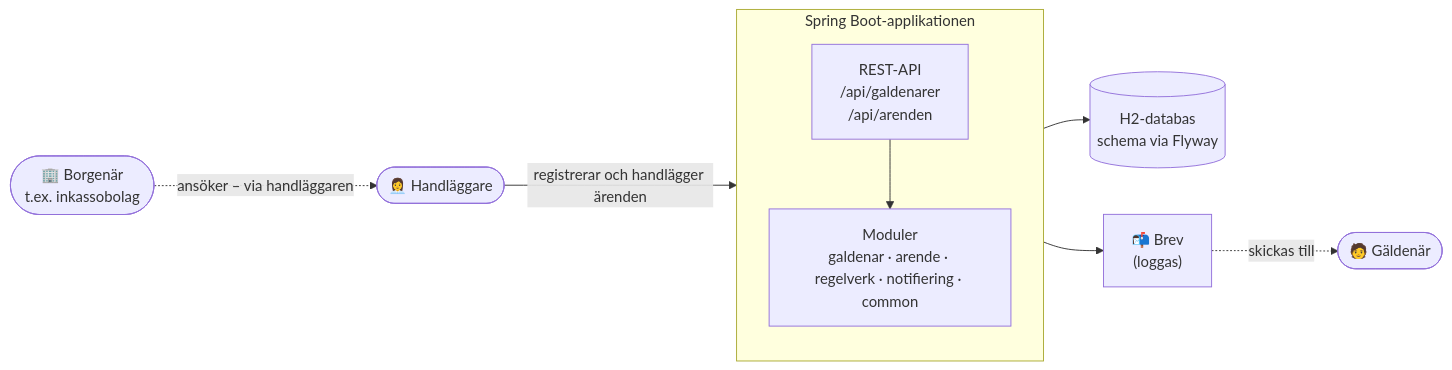
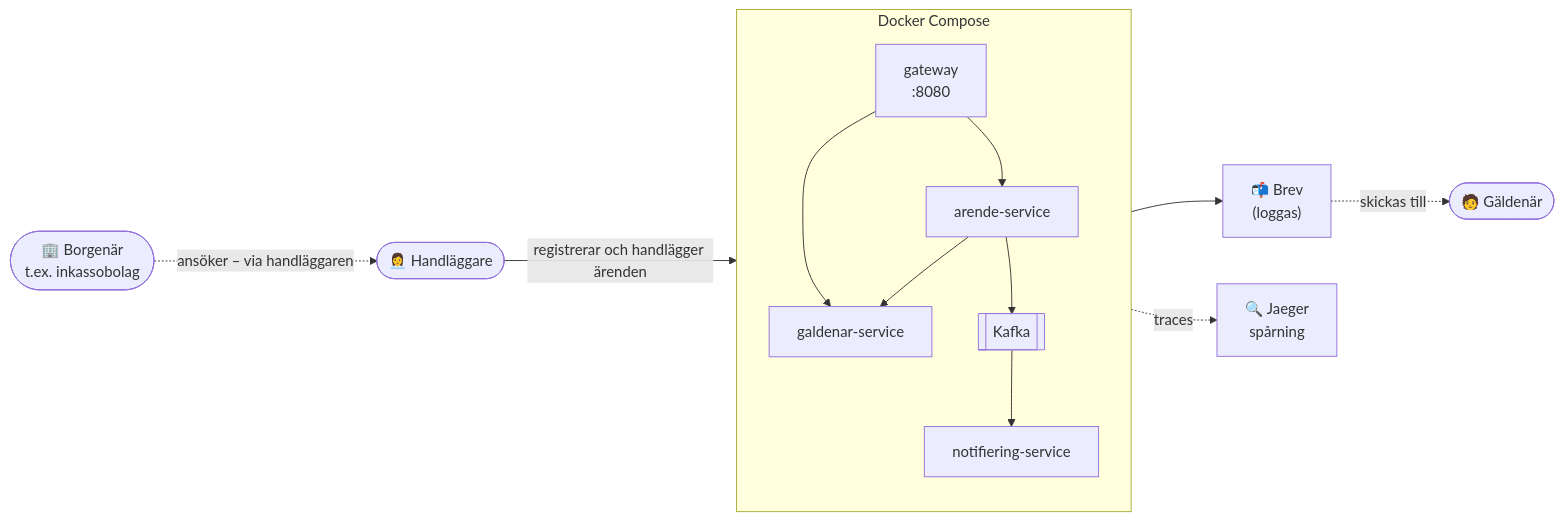
Before and after one commit to JudyTutala95/skuld-handlaggning: the first of 15 diagrams in docs/diagram.md, drawn with Mermaid. The commit also changed other lines of this file and 216 other files, not shown here.

````diff
--- a/docs/diagram.md
+++ b/docs/diagram.md
@@ -24,22 +24,28 @@
 ```mermaid
 flowchart LR
     H(["👩‍💼 Handläggare"])
     B(["🏢 Borgenär<br/>t.ex. inkassobolag"])
     G(["🧑 Gäldenär"])
 
-    subgraph APP["Spring Boot-applikationen"]
+    subgraph SYS["Docker Compose"]
         direction TB
-        API["REST-API<br/>/api/galdenarer<br/>/api/arenden"]
-        MOD["Moduler<br/>galdenar · arende · regelverk · notifiering · common"]
-        API --> MOD
+        GW["gateway<br/>:8080"]
+        GS["galdenar-service"]
+        AS["arende-service"]
+        NS["notifiering-service"]
+        K[["Kafka"]]
+        GW --> GS
+        GW --> AS
+        AS --> GS
+        AS --> K --> NS
     end
 
-    DB[("H2-databas<br/>schema via Flyway")]
     LOG["📬 Brev<br/>(loggas)"]
+    J["🔍 Jaeger<br/>spårning"]
 
-    H -->|registrerar och handlägger ärenden| API
+    H -->|registrerar och handlägger ärenden| GW
     B -.->|ansöker – via handläggaren| H
-    MOD --> DB
-    MOD --> LOG
+    NS --> LOG
     LOG -.->|skickas till| G
+    SYS -.->|traces| J
 ```
````
